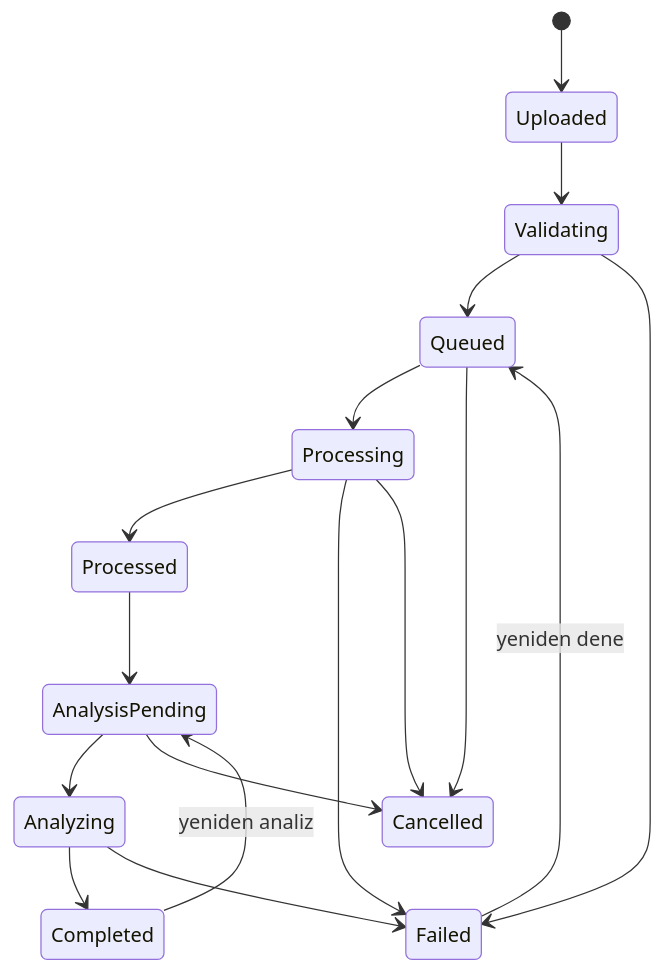
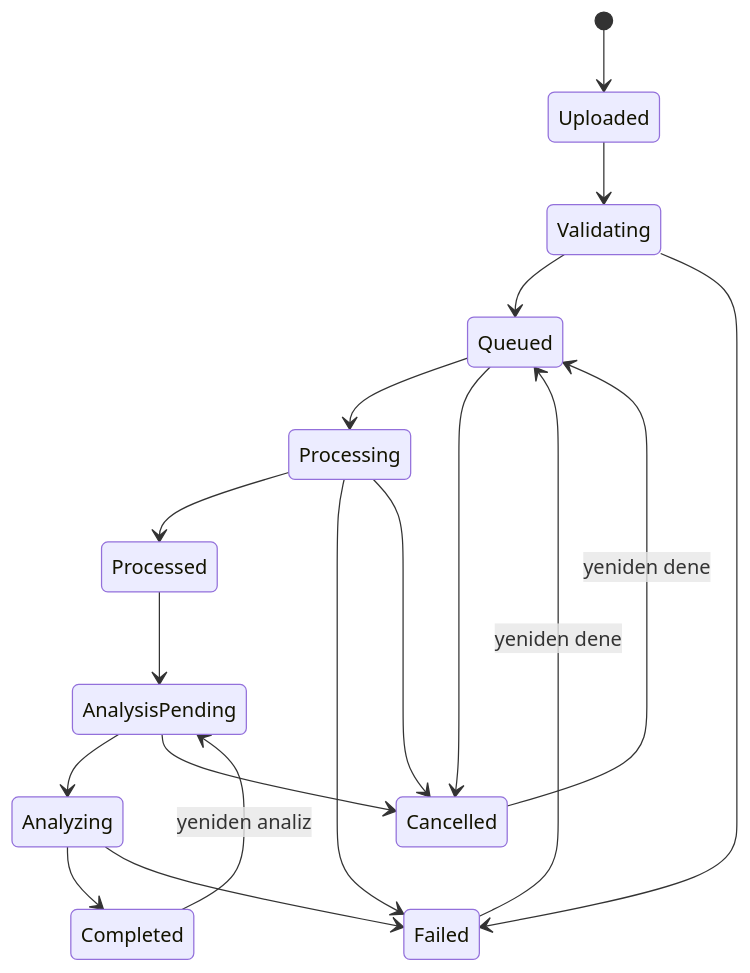
One commit to mustafaklee/flight-log-analyzer changed the third of 3 diagrams in docs/architecture.md. Above: the diagram before and after it, drawn with Mermaid. The commit also changed other lines of this file and 73 other files, not shown here.

````diff
--- a/docs/architecture.md
+++ b/docs/architecture.md
@@ -197,19 +201,20 @@
 ```mermaid
 stateDiagram-v2
     [*] --> Uploaded
     Uploaded --> Validating
     Validating --> Queued
     Validating --> Failed
     Queued --> Processing
     Queued --> Cancelled
     Processing --> Processed
     Processing --> Failed
     Processing --> Cancelled
     Processed --> AnalysisPending
     AnalysisPending --> Analyzing
     AnalysisPending --> Cancelled
     Analyzing --> Completed
     Analyzing --> Failed
     Failed --> Queued: yeniden dene
+    Cancelled --> Queued: yeniden dene
     Completed --> AnalysisPending: yeniden analiz
 ```
````
